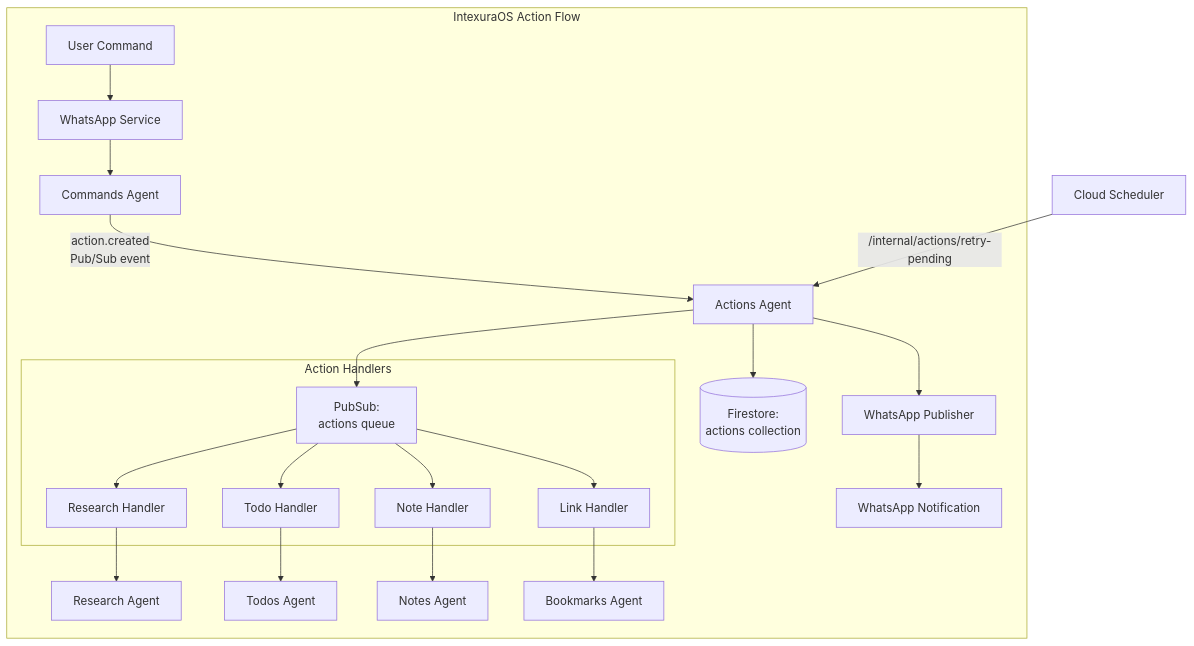
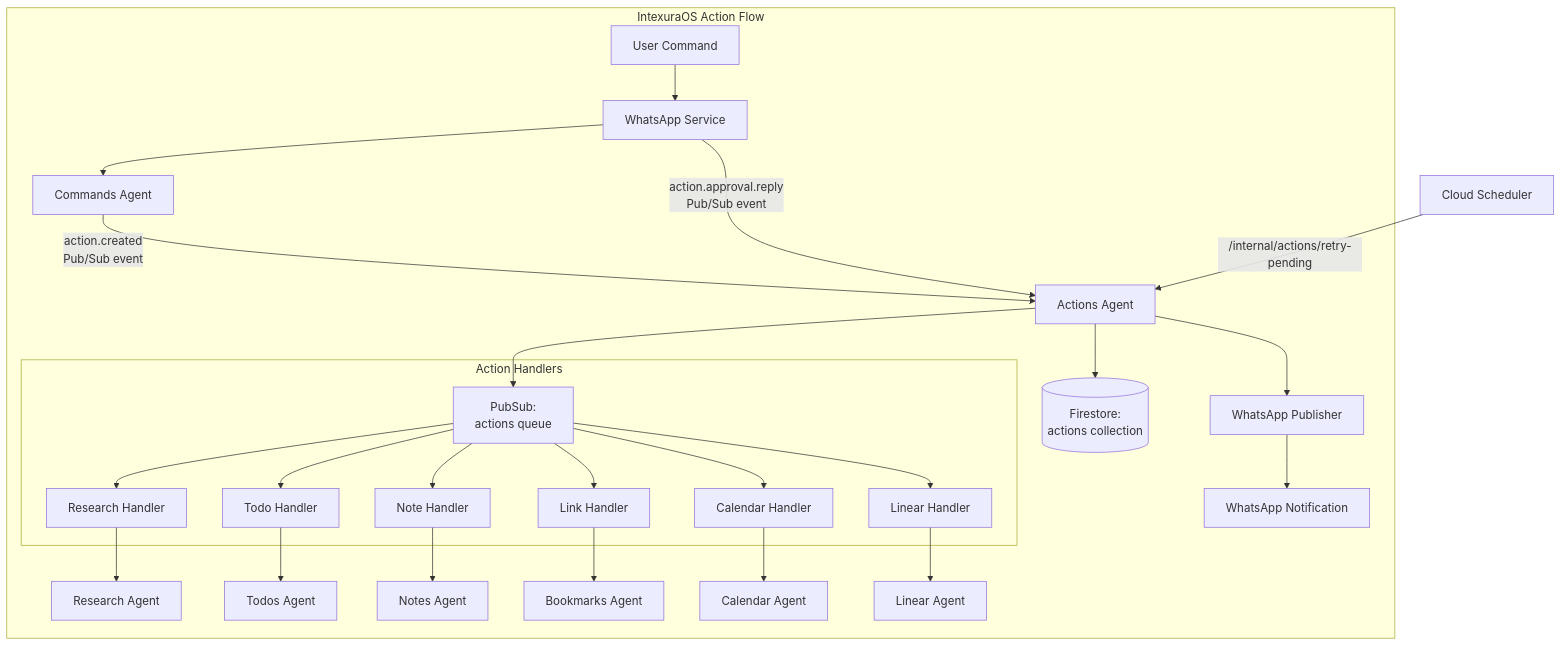
One commit to pbuchman/praxos changed the first of 3 diagrams in docs/services/actions-agent/technical.md. Above: the diagram before and after it, drawn with Mermaid. The commit also changed other lines of this file and 55 other files, not shown here.

````diff
--- a/docs/services/actions-agent/technical.md
+++ b/docs/services/actions-agent/technical.md
@@ -11,28 +12,34 @@
 ```mermaid
 graph TB
     subgraph "IntexuraOS Action Flow"
         User[User Command] --> WA[WhatsApp Service]
         WA --> CA[Commands Agent]
         CA -->|"action.created<br/>Pub/Sub event"| AA[Actions Agent]
 
         AA --> Firestore[(Firestore:<br/>actions collection)]
         AA --> PubSub[PubSub:<br/>actions queue]
 
         subgraph "Action Handlers"
             PubSub --> RH[Research Handler]
             PubSub --> TH[Todo Handler]
             PubSub --> NH[Note Handler]
             PubSub --> LH[Link Handler]
+            PubSub --> CH[Calendar Handler]
+            PubSub --> LIH[Linear Handler]
         end
 
         RH --> RA[Research Agent]
         TH --> TA[Todos Agent]
         NH --> NA[Notes Agent]
         LH --> BA[Bookmarks Agent]
+        CH --> CAL[Calendar Agent]
+        LIH --> LA[Linear Agent]
 
         AA --> WAP[WhatsApp Publisher]
         WAP --> WUser[WhatsApp Notification]
+
+        WA -->|"action.approval.reply<br/>Pub/Sub event"| AA
     end
 
     Scheduler[Cloud Scheduler] -->|"/internal/actions/retry-pending"| AA
 ```
````
